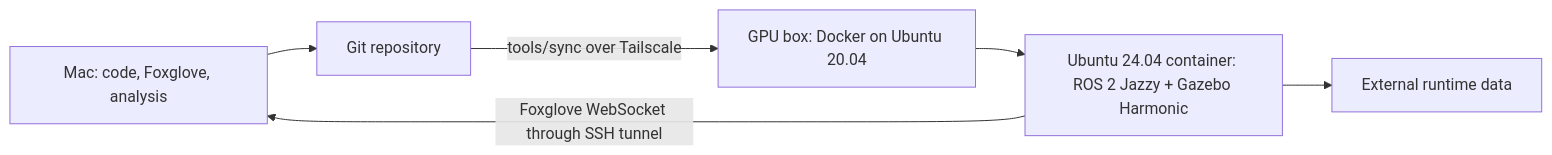
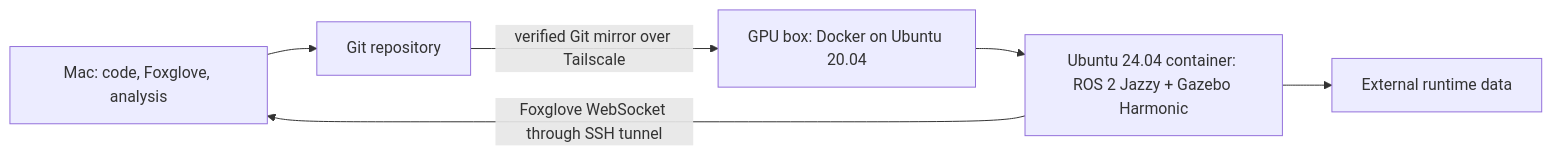
The diagram in docs/architecture.md (jalalirs/auv), drawn with Mermaid before and after one commit. The commit also changed other lines of this file and 14 other files, not shown here.

````diff
--- a/docs/architecture.md
+++ b/docs/architecture.md
@@ -6,14 +6,14 @@
 ```mermaid
 flowchart LR
     Mac["Mac: code, Foxglove, analysis"]
     Git["Git repository"]
     Box["GPU box: Docker on Ubuntu 20.04"]
     Stack["Ubuntu 24.04 container: ROS 2 Jazzy + Gazebo Harmonic"]
     Data["External runtime data"]
 
     Mac --> Git
-    Git -->|"tools/sync over Tailscale"| Box
+    Git -->|"verified Git mirror over Tailscale"| Box
     Box --> Stack
     Stack -->|"Foxglove WebSocket through SSH tunnel"| Mac
     Stack --> Data
 ```
````
